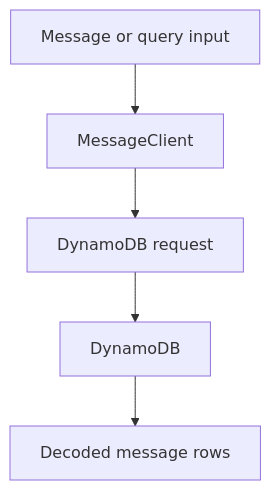
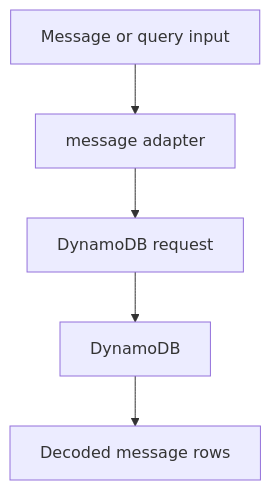
The first of 3 diagrams in internal/dynamodb/README.md (siutsin/telegram-jung2-bot), drawn with Mermaid before and after one commit. The commit also changed other lines of this file and 55 other files, not shown here.

````diff
--- a/internal/dynamodb/README.md
+++ b/internal/dynamodb/README.md
@@ -30,7 +30,7 @@
 ```mermaid
 flowchart TD
-    row[Message or query input] --> client[MessageClient]
+    row[Message or query input] --> client[message adapter]
     client --> request[DynamoDB request]
     request --> dynamo[DynamoDB]
     dynamo --> decode[Decoded message rows]
 ```
````
